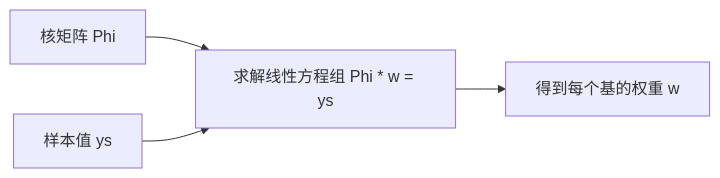
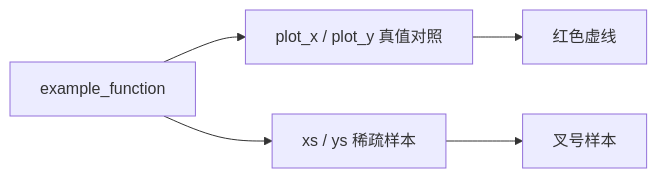
Before and after one commit to EvihGraphics/AnimationTech-HTC: the eighth of 12 diagrams in docs/blog/Theory/radial_basis_function/README.md, drawn with Mermaid. The commit also changed other lines of this file and 6 other files, not shown here.

````diff
--- a/docs/blog/Theory/radial_basis_function/README.md
+++ b/docs/blog/Theory/radial_basis_function/README.md
@@ -169,6 +197,7 @@
 ```mermaid
 flowchart LR
-    A[核矩阵 Phi] --> B[求解线性方程组 Phi * w = ys]
-    C[样本值 ys] --> B
-    B --> D[得到每个基的权重 w]
+    A[example_function] --> B[plot_x / plot_y 真值对照]
+    A --> C[xs / ys 稀疏样本]
+    B --> D[红色虚线]
+    C --> E[叉号样本]
 ```
````
